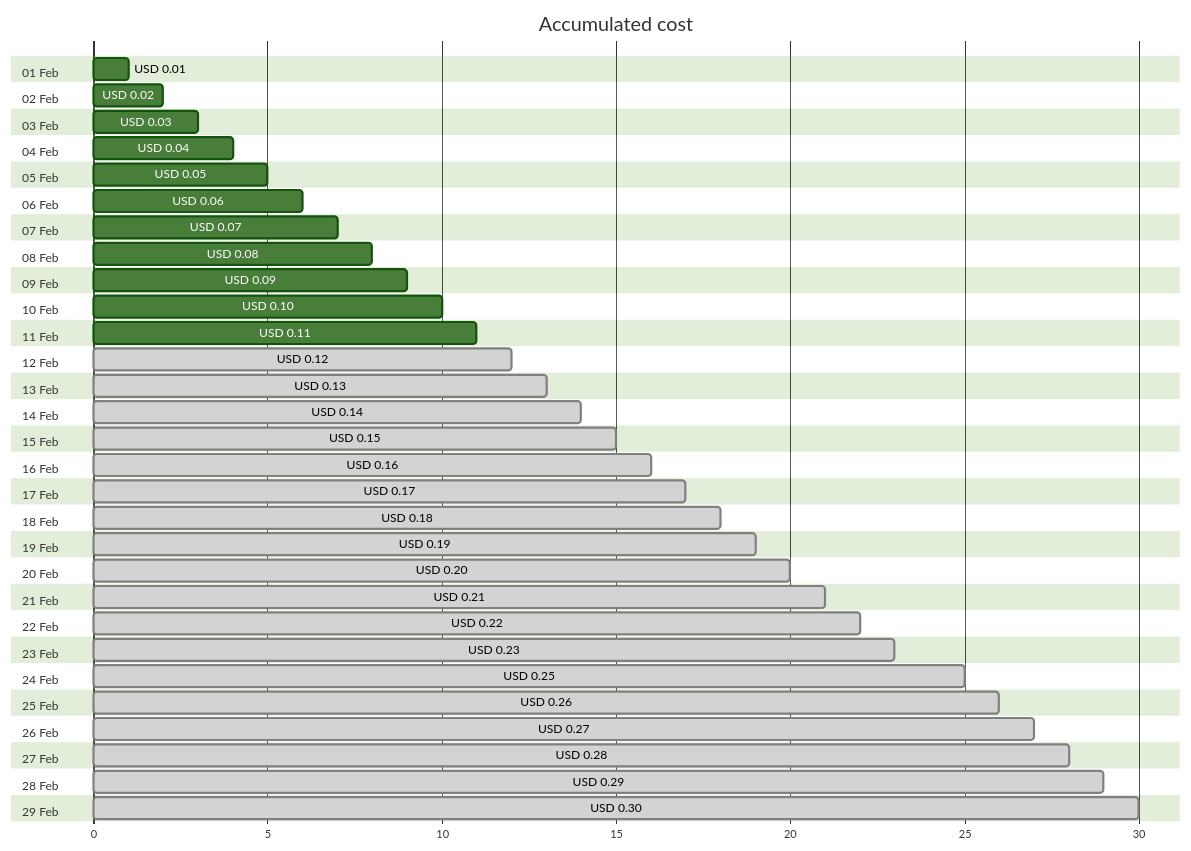
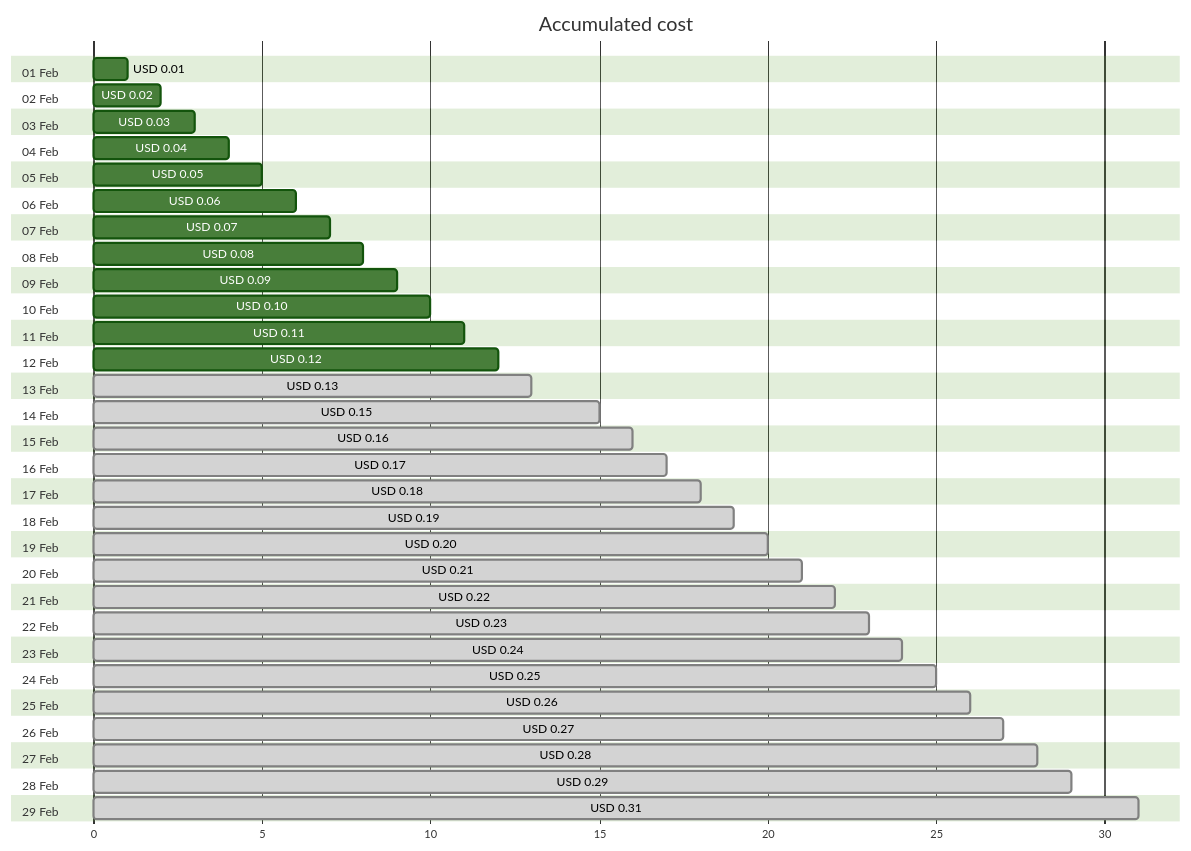
Before and after one commit to jpfulton/azure-personal-reports: the first of 4 diagrams in cost-reports/cloud-shell-storage-eastus/README.md, drawn with Mermaid (forest theme). The commit also changed other lines of this file and 1 other file, not shown here.

````diff
--- a/cost-reports/cloud-shell-storage-eastus/README.md
+++ b/cost-reports/cloud-shell-storage-eastus/README.md
@@ -20,64 +20,64 @@
 ```mermaid
 gantt
    title Accumulated cost
    dateFormat  X
    axisFormat %s
    section 01 Feb
    USD 0.01 :0, 1
    section 02 Feb
    USD 0.02 :0, 2
    section 03 Feb
    USD 0.03 :0, 3
    section 04 Feb
    USD 0.04 :0, 4
    section 05 Feb
    USD 0.05 :0, 5
    section 06 Feb
    USD 0.06 :0, 6
    section 07 Feb
    USD 0.07 :0, 7
    section 08 Feb
    USD 0.08 :0, 8
    section 09 Feb
    USD 0.09 :0, 9
    section 10 Feb
    USD 0.10 :0, 10
    section 11 Feb
    USD 0.11 :0, 11
    section 12 Feb
-   USD 0.12 : done, 0, 12
+   USD 0.12 :0, 12
    section 13 Feb
    USD 0.13 : done, 0, 13
    section 14 Feb
-   USD 0.14 : done, 0, 14
+   USD 0.15 : done, 0, 15
    section 15 Feb
-   USD 0.15 : done, 0, 15
+   USD 0.16 : done, 0, 16
    section 16 Feb
-   USD 0.16 : done, 0, 16
+   USD 0.17 : done, 0, 17
    section 17 Feb
-   USD 0.17 : done, 0, 17
+   USD 0.18 : done, 0, 18
    section 18 Feb
-   USD 0.18 : done, 0, 18
+   USD 0.19 : done, 0, 19
    section 19 Feb
-   USD 0.19 : done, 0, 19
+   USD 0.20 : done, 0, 20
    section 20 Feb
-   USD 0.20 : done, 0, 20
+   USD 0.21 : done, 0, 21
    section 21 Feb
-   USD 0.21 : done, 0, 21
+   USD 0.22 : done, 0, 22
    section 22 Feb
-   USD 0.22 : done, 0, 22
+   USD 0.23 : done, 0, 23
    section 23 Feb
-   USD 0.23 : done, 0, 23
+   USD 0.24 : done, 0, 24
    section 24 Feb
    USD 0.25 : done, 0, 25
    section 25 Feb
    USD 0.26 : done, 0, 26
    section 26 Feb
    USD 0.27 : done, 0, 27
    section 27 Feb
    USD 0.28 : done, 0, 28
    section 28 Feb
    USD 0.29 : done, 0, 29
    section 29 Feb
-   USD 0.30 : done, 0, 30
+   USD 0.31 : done, 0, 31
 ```
````
